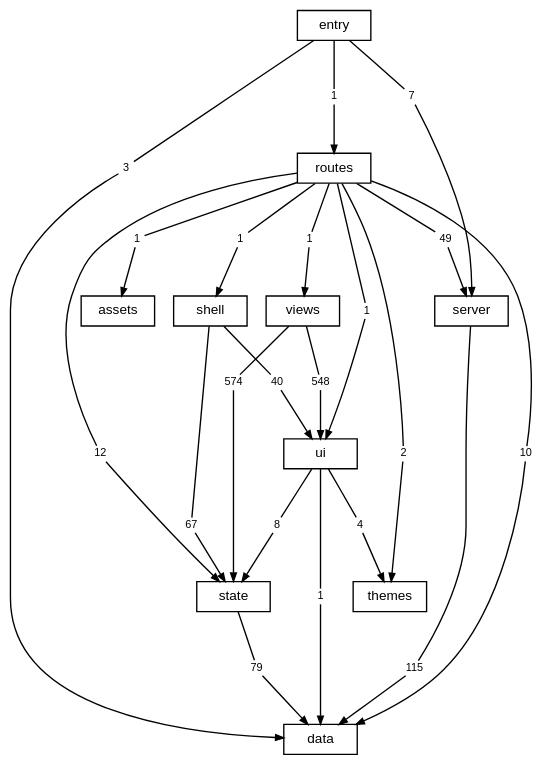
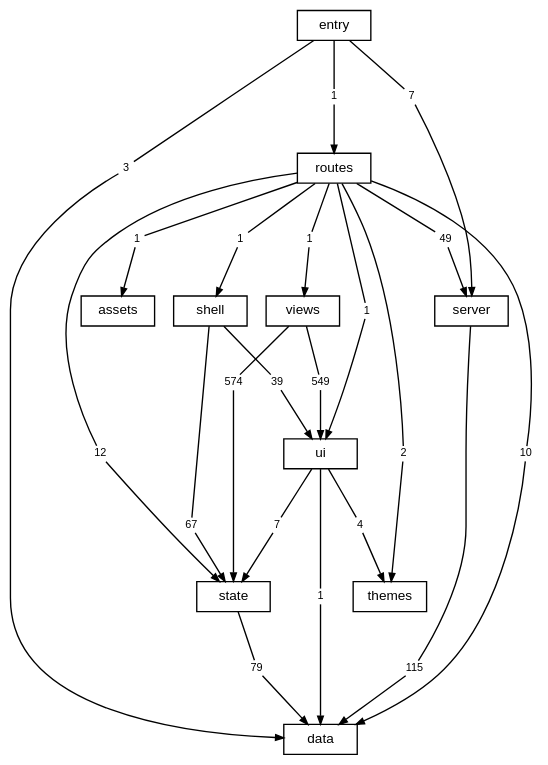
Before and after one commit to TheAxeC/oculus: the diagram in docs/diagrams/layers.dot, drawn with Graphviz. The commit also changed 66 other files, not shown here.

```diff
--- a/docs/diagrams/layers.dot
+++ b/docs/diagrams/layers.dot
@@ -1,75 +1,75 @@
 digraph layers {
     graph [bgcolor="transparent", rankdir=TB, newrank=true, fontname="Helvetica,Arial,sans-serif", fontsize=12, nodesep=0.2, ranksep=0.5];
     node [shape=box, color="black", fontcolor="black", fontname="Helvetica,Arial,sans-serif", fontsize=10, height=0.3, margin="0.12,0.04"];
     edge [color="black", fontcolor="black", fontname="Helvetica,Arial,sans-serif", fontsize=8, arrowsize=0.6];
     "data";
     "server";
     "state";
     "ui";
     "shell";
     "views";
     "themes";
     "routes";
     "src" [label="entry"];
     "files: assets" [label="assets"];
     "routes to data" [label="10", shape=box, color="transparent", fontsize=8, width=0, height=0, margin="0.04,0.02"];
     "routes" -> "routes to data" [arrowhead=none];
     "routes to data" -> "data" [];
     "routes to files: assets" [label="1", shape=box, color="transparent", fontsize=8, width=0, height=0, margin="0.04,0.02"];
     "routes" -> "routes to files: assets" [arrowhead=none];
     "routes to files: assets" -> "files: assets" [];
     "routes to server" [label="49", shape=box, color="transparent", fontsize=8, width=0, height=0, margin="0.04,0.02"];
     "routes" -> "routes to server" [arrowhead=none];
     "routes to server" -> "server" [];
     "routes to shell" [label="1", shape=box, color="transparent", fontsize=8, width=0, height=0, margin="0.04,0.02"];
     "routes" -> "routes to shell" [arrowhead=none];
     "routes to shell" -> "shell" [];
     "routes to state" [label="12", shape=box, color="transparent", fontsize=8, width=0, height=0, margin="0.04,0.02"];
     "routes" -> "routes to state" [arrowhead=none];
     "routes to state" -> "state" [];
     "routes to themes" [label="2", shape=box, color="transparent", fontsize=8, width=0, height=0, margin="0.04,0.02"];
     "routes" -> "routes to themes" [arrowhead=none];
     "routes to themes" -> "themes" [];
     "routes to ui" [label="1", shape=box, color="transparent", fontsize=8, width=0, height=0, margin="0.04,0.02"];
     "routes" -> "routes to ui" [arrowhead=none];
     "routes to ui" -> "ui" [];
     "routes to views" [label="1", shape=box, color="transparent", fontsize=8, width=0, height=0, margin="0.04,0.02"];
     "routes" -> "routes to views" [arrowhead=none];
     "routes to views" -> "views" [];
     "server to data" [label="115", shape=box, color="transparent", fontsize=8, width=0, height=0, margin="0.04,0.02"];
     "server" -> "server to data" [arrowhead=none];
     "server to data" -> "data" [];
     "shell to state" [label="67", shape=box, color="transparent", fontsize=8, width=0, height=0, margin="0.04,0.02"];
     "shell" -> "shell to state" [arrowhead=none];
     "shell to state" -> "state" [];
-    "shell to ui" [label="40", shape=box, color="transparent", fontsize=8, width=0, height=0, margin="0.04,0.02"];
+    "shell to ui" [label="39", shape=box, color="transparent", fontsize=8, width=0, height=0, margin="0.04,0.02"];
     "shell" -> "shell to ui" [arrowhead=none];
     "shell to ui" -> "ui" [];
     "src to data" [label="3", shape=box, color="transparent", fontsize=8, width=0, height=0, margin="0.04,0.02"];
     "src" -> "src to data" [arrowhead=none];
     "src to data" -> "data" [];
     "src to routes" [label="1", shape=box, color="transparent", fontsize=8, width=0, height=0, margin="0.04,0.02"];
     "src" -> "src to routes" [arrowhead=none];
     "src to routes" -> "routes" [];
     "src to server" [label="7", shape=box, color="transparent", fontsize=8, width=0, height=0, margin="0.04,0.02"];
     "src" -> "src to server" [arrowhead=none];
     "src to server" -> "server" [];
     "state to data" [label="79", shape=box, color="transparent", fontsize=8, width=0, height=0, margin="0.04,0.02"];
     "state" -> "state to data" [arrowhead=none];
     "state to data" -> "data" [];
     "ui to data" [label="1", shape=box, color="transparent", fontsize=8, width=0, height=0, margin="0.04,0.02"];
     "ui" -> "ui to data" [arrowhead=none];
     "ui to data" -> "data" [];
-    "ui to state" [label="8", shape=box, color="transparent", fontsize=8, width=0, height=0, margin="0.04,0.02"];
+    "ui to state" [label="7", shape=box, color="transparent", fontsize=8, width=0, height=0, margin="0.04,0.02"];
     "ui" -> "ui to state" [arrowhead=none];
     "ui to state" -> "state" [];
     "ui to themes" [label="4", shape=box, color="transparent", fontsize=8, width=0, height=0, margin="0.04,0.02"];
     "ui" -> "ui to themes" [arrowhead=none];
     "ui to themes" -> "themes" [];
     "views to state" [label="574", shape=box, color="transparent", fontsize=8, width=0, height=0, margin="0.04,0.02"];
     "views" -> "views to state" [arrowhead=none];
     "views to state" -> "state" [];
-    "views to ui" [label="548", shape=box, color="transparent", fontsize=8, width=0, height=0, margin="0.04,0.02"];
+    "views to ui" [label="549", shape=box, color="transparent", fontsize=8, width=0, height=0, margin="0.04,0.02"];
     "views" -> "views to ui" [arrowhead=none];
     "views to ui" -> "ui" [];
 }
```
